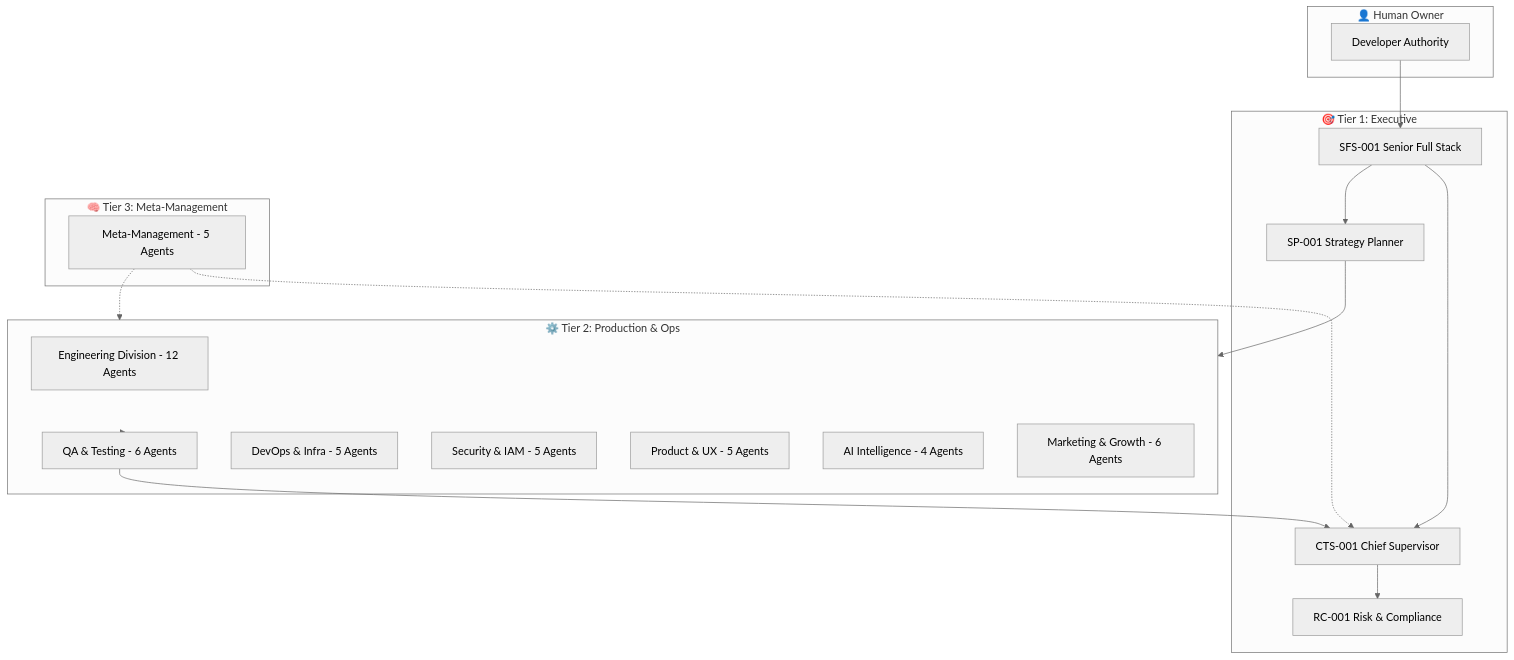
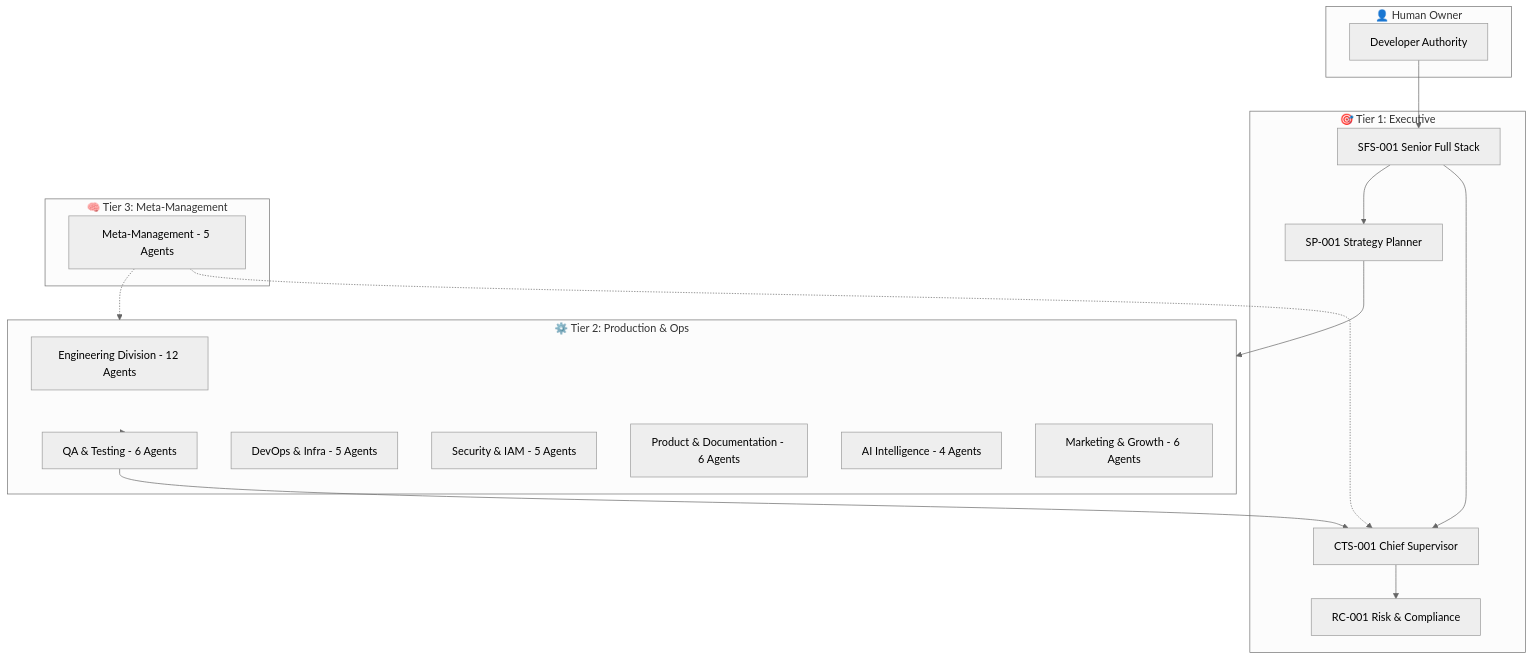
The first of 3 diagrams in README.md (Ab-aswini/Agent-kit-P1), drawn with Mermaid (neutral theme) before and after one commit. The commit also changed other lines of this file and 1 other file, not shown here.

Commit message:
feat: Integrated RA-001 README Architect and scaled framework to 53 agents

````diff
--- a/README.md
+++ b/README.md
@@ -73,37 +73,37 @@
 ```mermaid
 graph TB
   subgraph Owner["👤 Human Owner"]
     User[Developer Authority]
   end
 
   subgraph Executive["🎯 Tier 1: Executive"]
     SFS[SFS-001 Senior Full Stack]
     CTS[CTS-001 Chief Supervisor]
     SP[SP-001 Strategy Planner]
     RC[RC-001 Risk & Compliance]
   end
 
   subgraph Departments["⚙️ Tier 2: Production & Ops"]
     FE[Engineering Division - 12 Agents]
     QA[QA & Testing - 6 Agents]
     DO[DevOps & Infra - 5 Agents]
     SEC[Security & IAM - 5 Agents]
-    PROD[Product & UX - 5 Agents]
+    PROD[Product & Documentation - 6 Agents]
     INTEL[AI Intelligence - 4 Agents]
     GROWTH[Marketing & Growth - 6 Agents]
   end
 
   subgraph Meta["🧠 Tier 3: Meta-Management"]
     MM[Meta-Management - 5 Agents]
   end
 
   User --> SFS
   SFS --> CTS
   SFS --> SP
   CTS --> RC
   SP --> Departments
   Departments --> QA
   QA --> CTS
   MM -.-> Departments
   MM -.-> CTS
 ```
````
